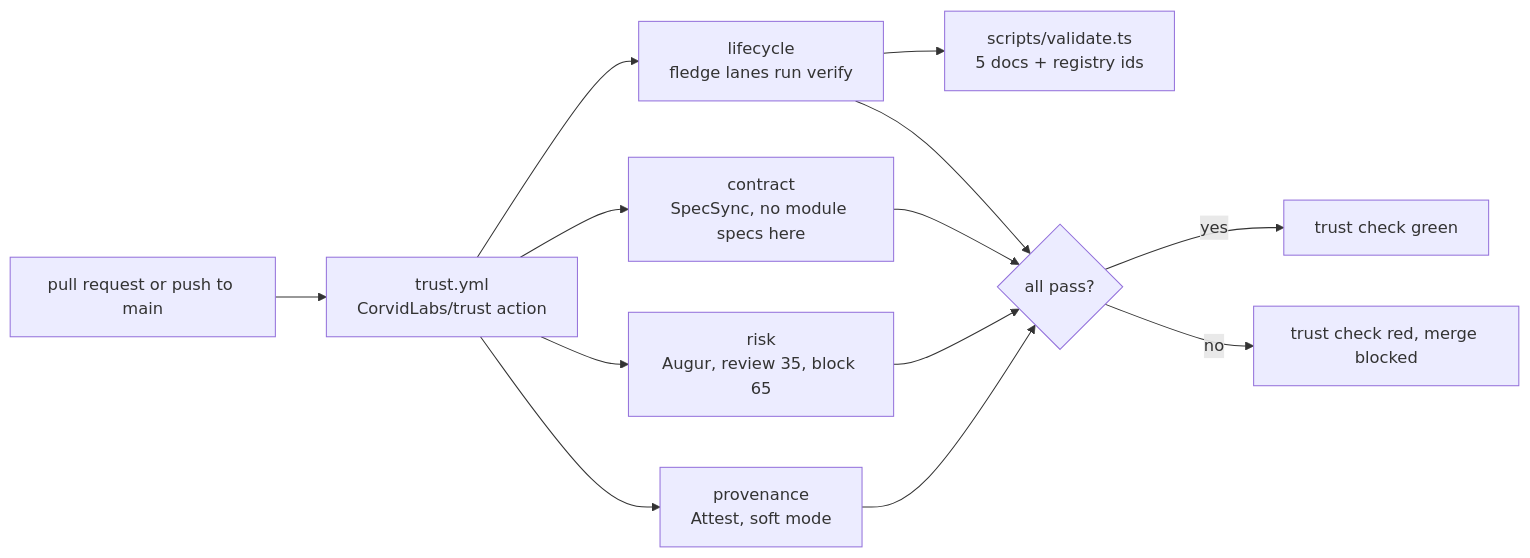
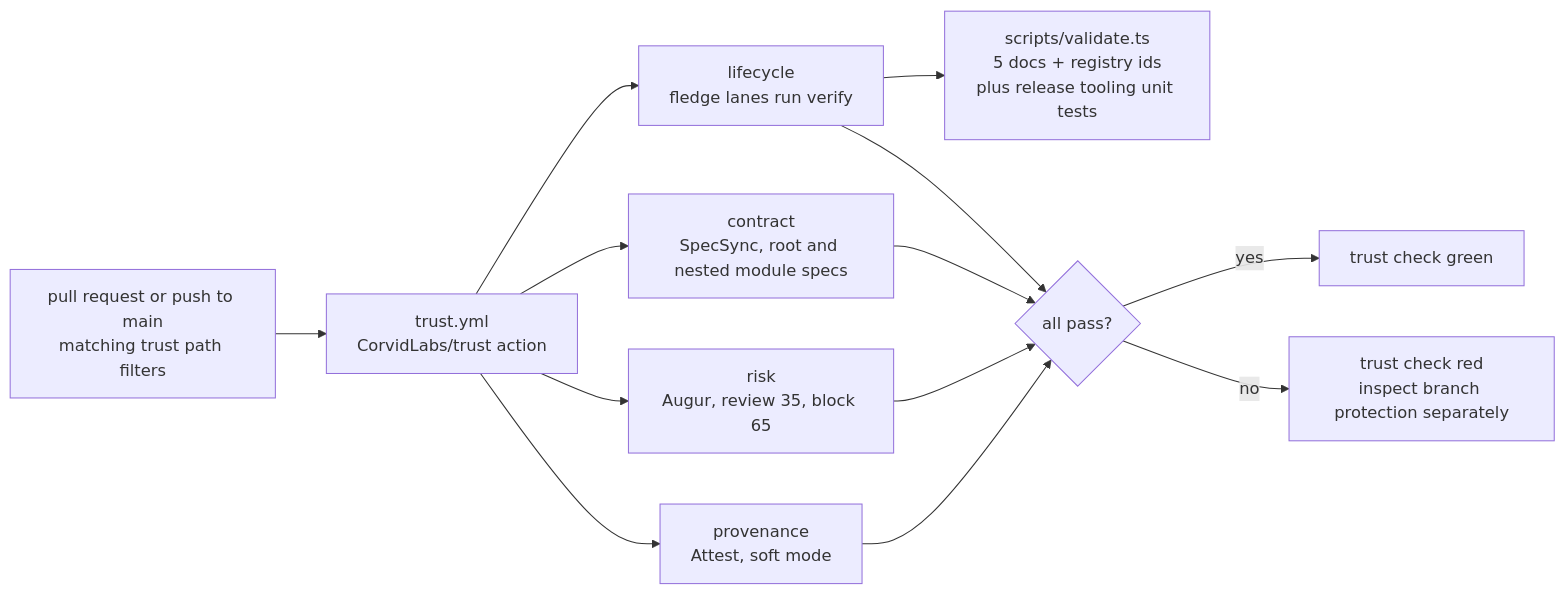
Diagram 14 of 15 in docs/HLD.md (CorvidLabs/algochat), drawn with Mermaid before and after one commit. The commit also changed other lines of this file and 116 other files, not shown here.

````diff
--- a/docs/HLD.md
+++ b/docs/HLD.md
@@ -512,12 +526,12 @@
 ```mermaid
 flowchart LR
-    PR["pull request or push to main"] --> T["trust.yml<br/>CorvidLabs/trust action"]
+    PR["pull request or push to main<br/>matching trust path filters"] --> T["trust.yml<br/>CorvidLabs/trust action"]
     T --> LC["lifecycle<br/>fledge lanes run verify"]
-    T --> CT["contract<br/>SpecSync, no module specs here"]
+    T --> CT["contract<br/>SpecSync, root and nested module specs"]
     T --> RK["risk<br/>Augur, review 35, block 65"]
     T --> PV["provenance<br/>Attest, soft mode"]
-    LC --> V["scripts/validate.ts<br/>5 docs + registry ids"]
+    LC --> V["scripts/validate.ts<br/>5 docs + registry ids<br/>plus release tooling unit tests"]
     LC & CT & RK & PV --> G{"all pass?"}
     G -- "yes" --> OK["trust check green"]
-    G -- "no" --> NO["trust check red, merge blocked"]
+    G -- "no" --> NO["trust check red<br/>inspect branch protection separately"]
 ```
````
